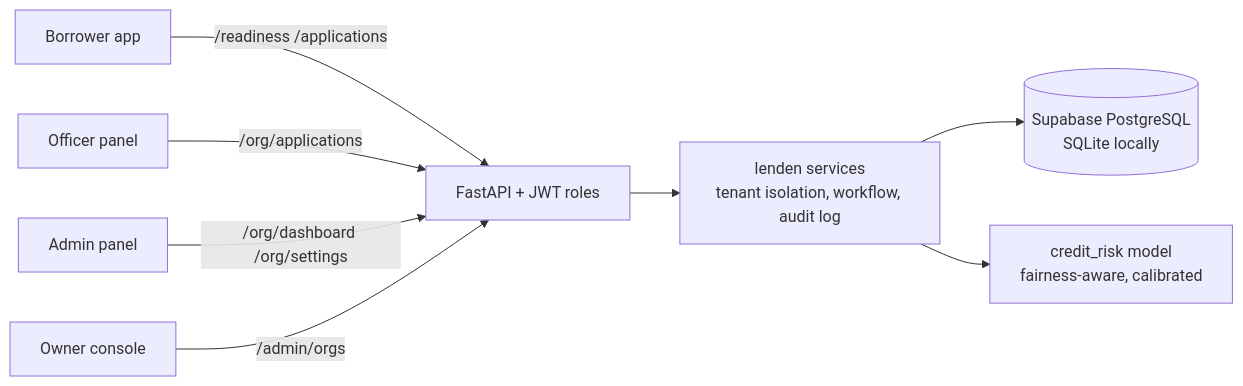
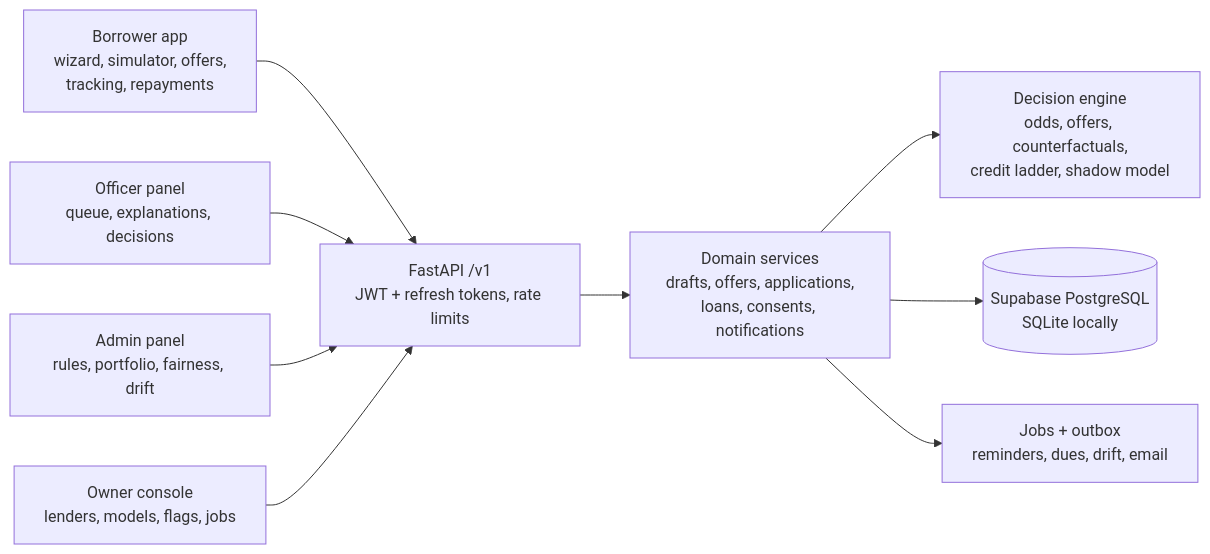
The first of 2 diagrams in README.md (MahmudulHasanJoy/LenDen-Loan-Predictor), drawn with Mermaid before and after one commit. The commit also changed other lines of this file and 131 other files, not shown here.

Commit message:
feat: LenDen v3 - wizard, offers, simulator, credit ladder, model registry

````diff
--- a/README.md
+++ b/README.md
@@ -40,10 +52,11 @@
 ```mermaid
 flowchart LR
-    B[Borrower app] -->|/readiness /applications| API
-    O[Officer panel] -->|/org/applications| API
-    A[Admin panel] -->|/org/dashboard /org/settings| API
-    S[Owner console] -->|/admin/orgs| API
-    API[FastAPI + JWT roles] --> P[lenden services<br/>tenant isolation, workflow, audit log]
+    B[Borrower app<br/>wizard, simulator, offers,<br/>tracking, repayments] --> API
+    O[Officer panel<br/>queue, explanations, decisions] --> API
+    A[Admin panel<br/>rules, portfolio, fairness, drift] --> API
+    S[Owner console<br/>lenders, models, flags, jobs] --> API
+    API[FastAPI /v1<br/>JWT + refresh tokens, rate limits] --> P[Domain services<br/>drafts, offers, applications,<br/>loans, consents, notifications]
+    P --> E[Decision engine<br/>odds, offers, counterfactuals,<br/>credit ladder, shadow model]
     P --> DB[(Supabase PostgreSQL<br/>SQLite locally)]
-    P --> M[credit_risk model<br/>fairness-aware, calibrated]
+    P --> J[Jobs + outbox<br/>reminders, dues, drift, email]
 ```
````
